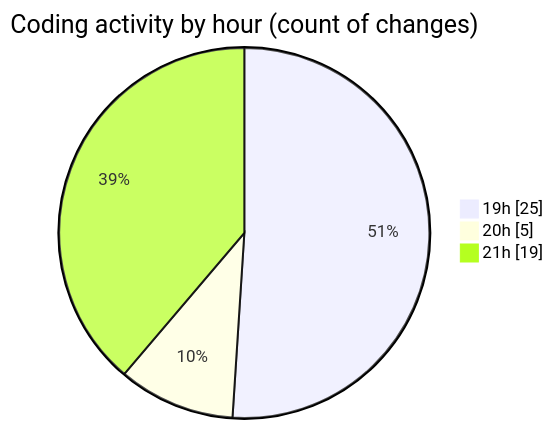
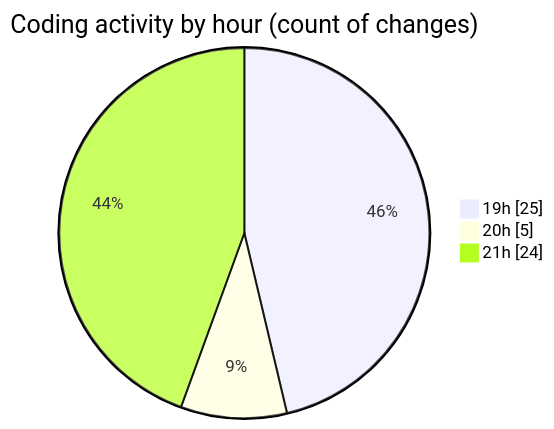
The second of 2 diagrams in 2025-02-28/cda/README.md (momahboobian/code-tracking), drawn with Mermaid before and after one commit. The commit also changed other lines of this file and 1 other file, not shown here.

````diff
--- a/2025-02-28/cda/README.md
+++ b/2025-02-28/cda/README.md
@@ -34,7 +34,7 @@
 ```mermaid
 pie showData
 title Coding activity by hour (count of changes)
 "19h" : 25
 "20h" : 5
-"21h" : 19
+"21h" : 24
 ```
````
